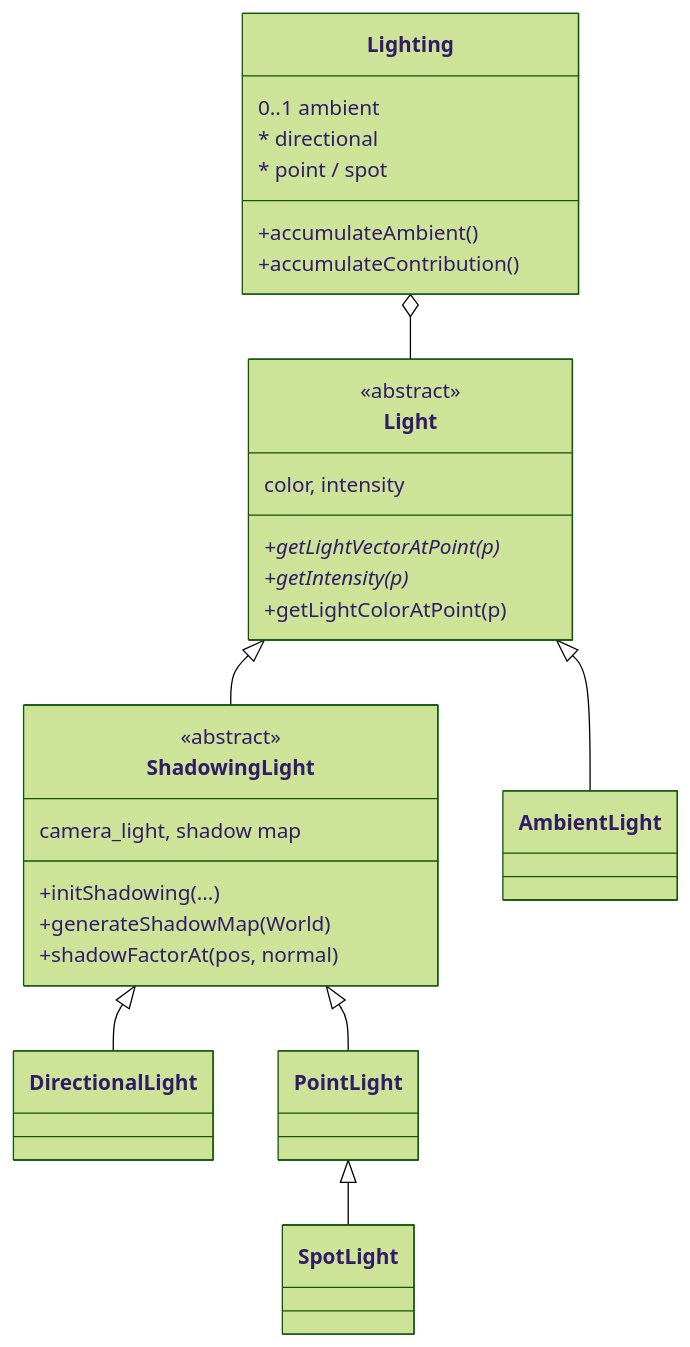
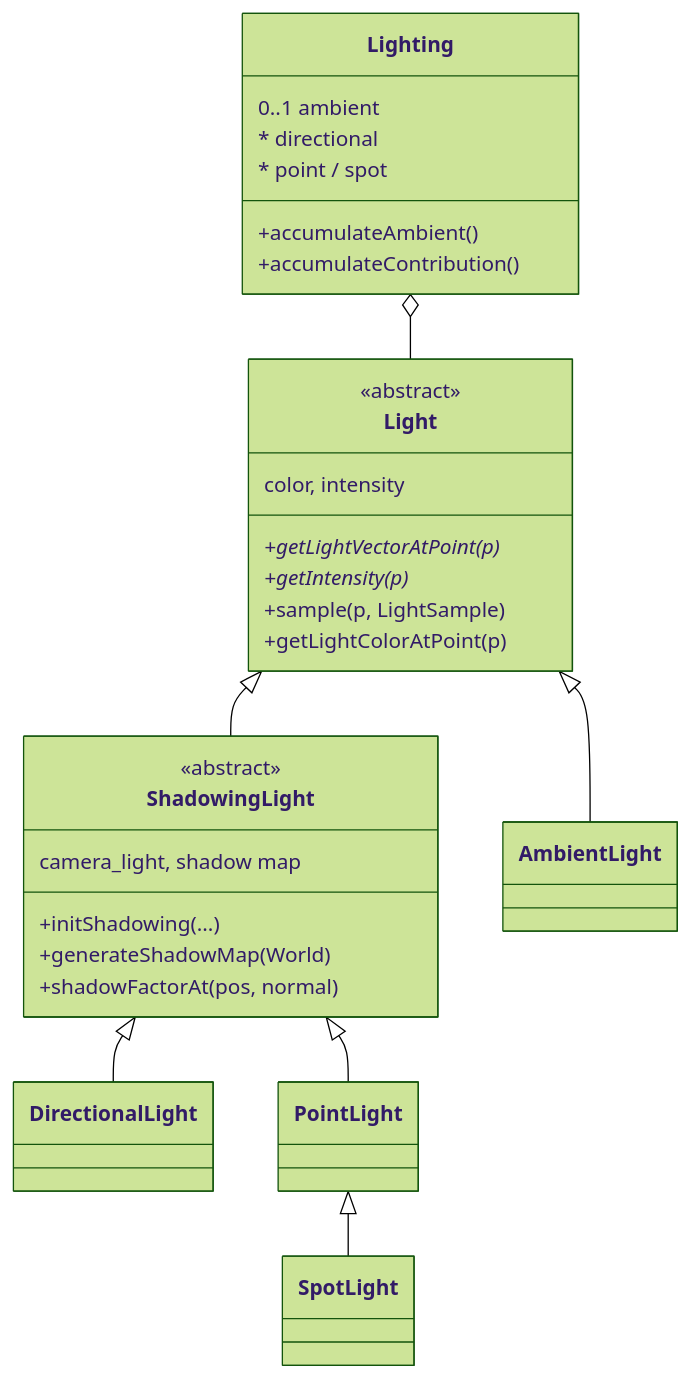
The sixth of 22 diagrams in docs/DESIGN.md (obarry/Aventura), drawn with Mermaid (forest theme) before and after one commit. The commit also changed other lines of this file and 10 other files, not shown here.

First line of the commit message:
Compute the light → point vector once per pixel and per light (LightSample)

````diff
--- a/docs/DESIGN.md
+++ b/docs/DESIGN.md
@@ -217,31 +217,32 @@
 ```mermaid
 classDiagram
     direction TB
     class Light {
       <<abstract>>
       color, intensity
       +getLightVectorAtPoint(p)*
       +getIntensity(p)*
+      +sample(p, LightSample)
       +getLightColorAtPoint(p)
     }
     class ShadowingLight {
       <<abstract>>
       camera_light, shadow map
       +initShadowing(...)
       +generateShadowMap(World)
       +shadowFactorAt(pos, normal)
     }
     class Lighting {
       0..1 ambient
       * directional
       * point / spot
       +accumulateAmbient()
       +accumulateContribution()
     }
     Light <|-- AmbientLight
     Light <|-- ShadowingLight
     ShadowingLight <|-- DirectionalLight
     ShadowingLight <|-- PointLight
     PointLight <|-- SpotLight
     Lighting o-- Light
 ```
````
